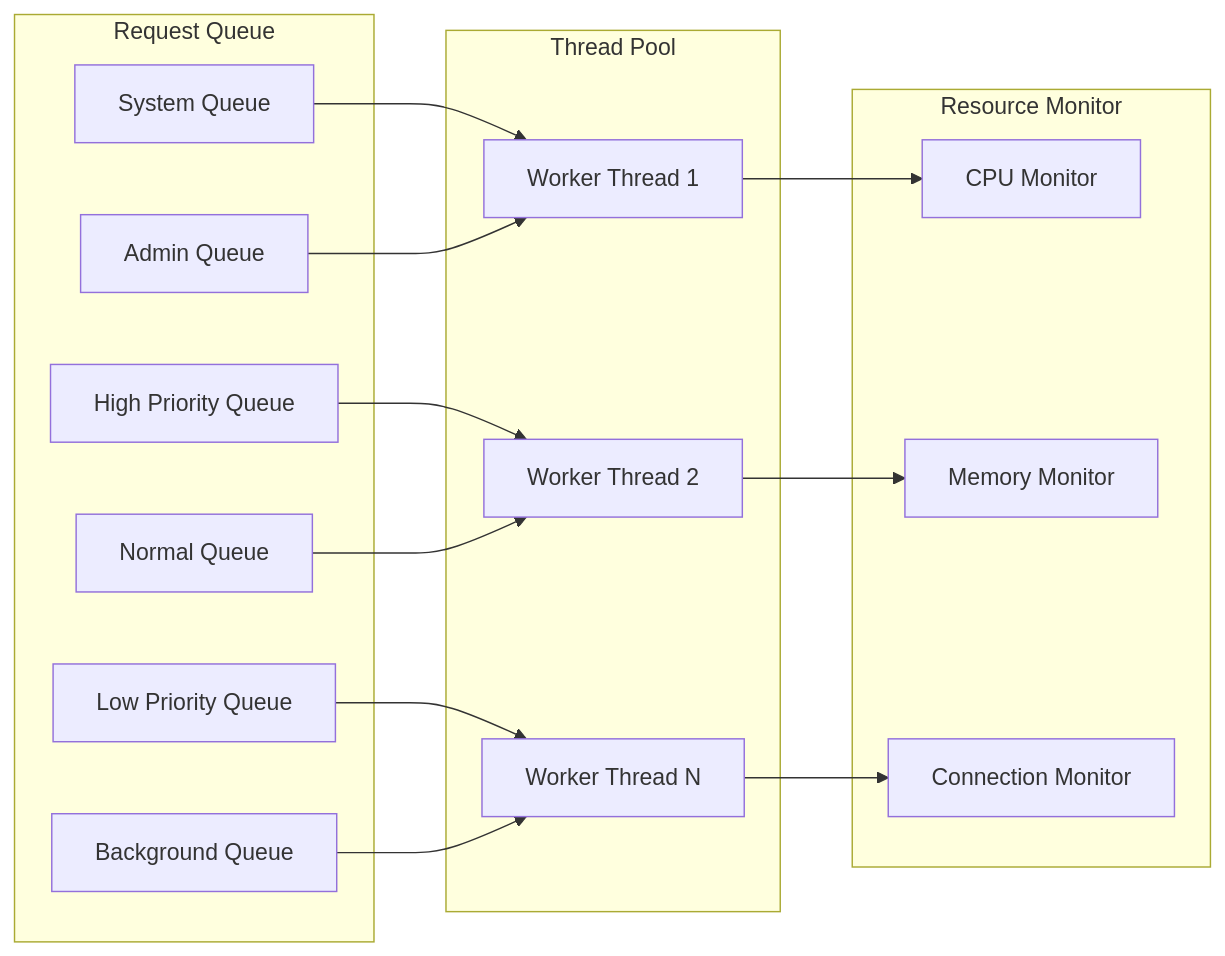
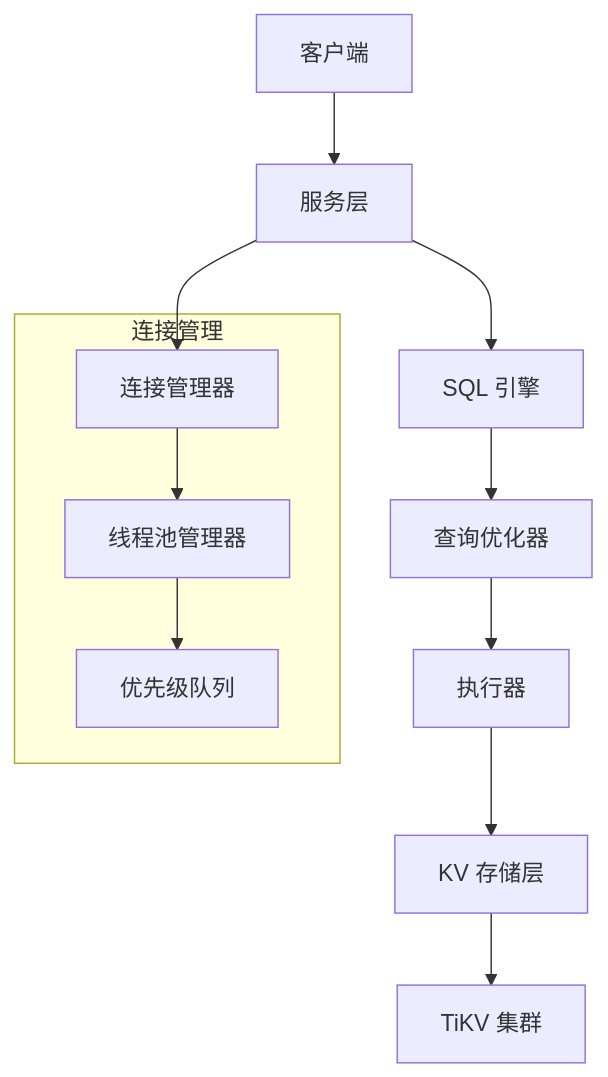
The diagram in README.md (sealdb/sealdb), drawn with Mermaid before and after one commit. The commit also changed other lines of this file and 10 other files, not shown here.

````diff
--- a/README.md
+++ b/README.md
@@ -82,33 +21,19 @@
 ```mermaid
-graph LR
-    subgraph "Request Queue"
-        A[System Queue]
-        B[Admin Queue]
-        C[High Priority Queue]
-        D[Normal Queue]
-        E[Low Priority Queue]
-        F[Background Queue]
+graph TB
+    Client[客户端] --> Server[服务层]
+    Server --> SQL[SQL 引擎]
+    SQL --> Optimizer[查询优化器]
+    Optimizer --> Executor[执行器]
+    Executor --> KV[KV 存储层]
+    KV --> TiKV[TiKV 集群]
+    
+    subgraph "连接管理"
+        CM[连接管理器]
+        TP[线程池管理器]
+        PQ[优先级队列]
     end
     
-    subgraph "Thread Pool"
-        G[Worker Thread 1]
-        H[Worker Thread 2]
-        I[Worker Thread N]
-    end
-    
-    subgraph "Resource Monitor"
-        J[CPU Monitor]
-        K[Memory Monitor]
-        L[Connection Monitor]
-    end
-    
-    A --> G
-    B --> G
-    C --> H
-    D --> H
-    E --> I
-    F --> I
-    G --> J
-    H --> K
-    I --> L
+    Server --> CM
+    CM --> TP
+    TP --> PQ
 ```
````
